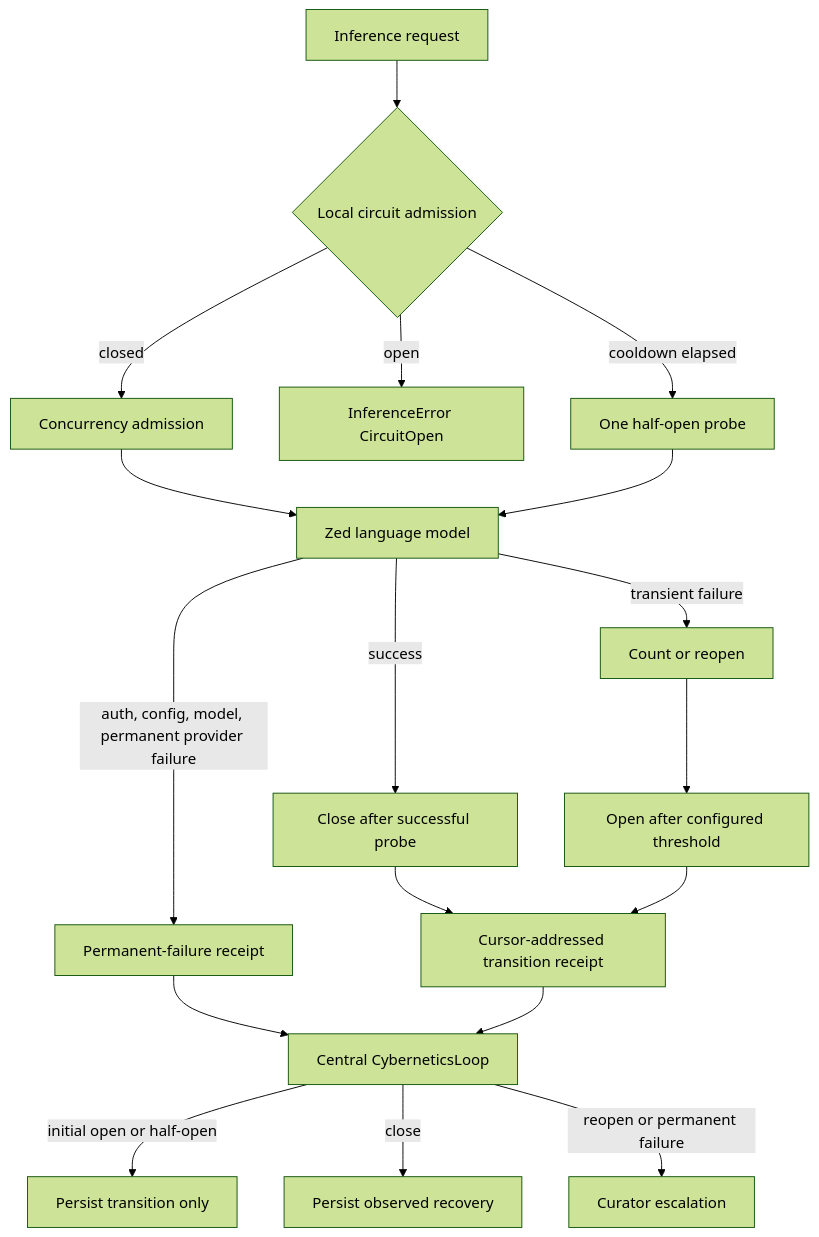
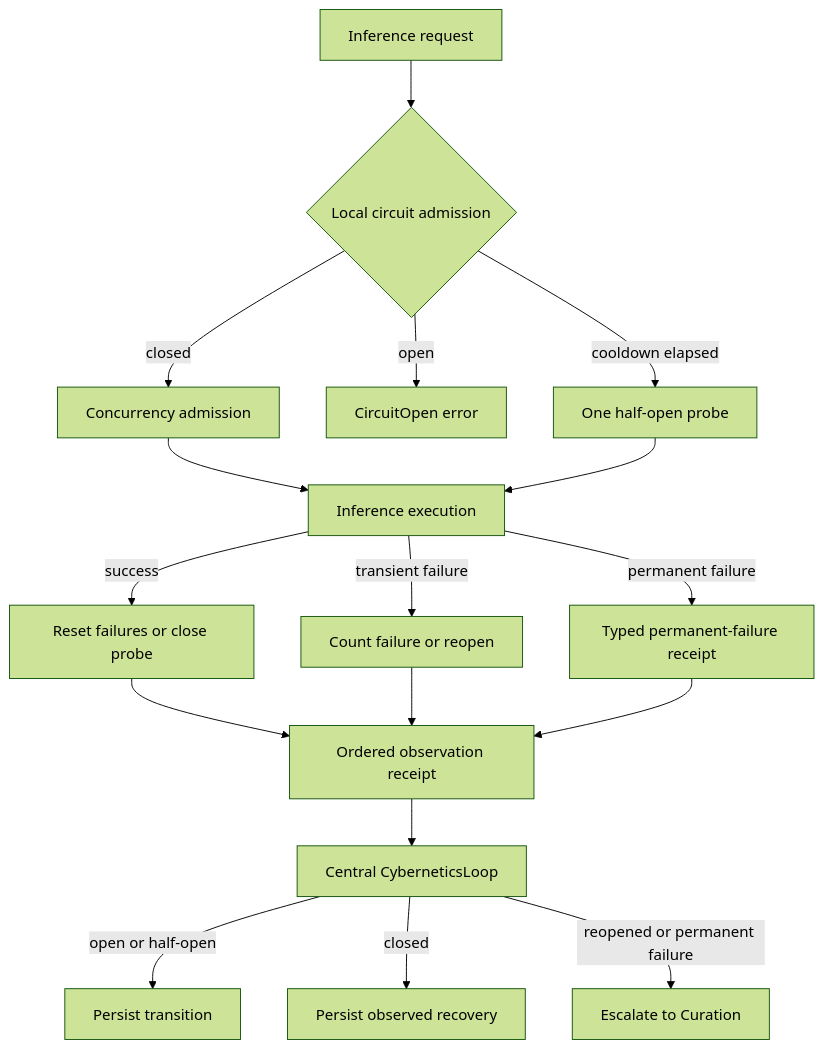
One commit to mdz-axo/zed-kask changed the second of 3 diagrams in kask/docs/diataxis/hkask-regulation/explanation.md. Above: the diagram before and after it, drawn with Mermaid (forest theme). The commit also changed other lines of this file and 12 other files, not shown here.

````diff
--- a/kask/docs/diataxis/hkask-regulation/explanation.md
+++ b/kask/docs/diataxis/hkask-regulation/explanation.md
@@ -201,20 +73,19 @@
 ```mermaid
 flowchart TD
-    Q[Inference request] --> C{Local circuit admission}
+    R[Inference request] --> C{Local circuit admission}
     C -->|closed| A[Concurrency admission]
-    C -->|open| X[InferenceError CircuitOpen]
+    C -->|open| X[CircuitOpen error]
     C -->|cooldown elapsed| P[One half-open probe]
-    A --> L[Zed language model]
-    P --> L
-    L -->|success| S[Close after successful probe]
-    L -->|transient failure| F[Count or reopen]
-    L -->|auth, config, model, permanent provider failure| E[Permanent-failure receipt]
-    F --> O[Open after configured threshold]
-    S --> R[Cursor-addressed transition receipt]
-    O --> R
-    E --> G[Central CyberneticsLoop]
-    R --> G
-    G -->|initial open or half-open| D[Persist transition only]
-    G -->|close| V[Persist observed recovery]
-    G -->|reopen or permanent failure| H[Curator escalation]
+    A --> I[Inference execution]
+    P --> I
+    I -->|success| S[Reset failures or close probe]
+    I -->|transient failure| F[Count failure or reopen]
+    I -->|permanent failure| E[Typed permanent-failure receipt]
+    S --> O[Ordered observation receipt]
+    F --> O
+    E --> O
+    O --> G[Central CyberneticsLoop]
+    G -->|open or half-open| T[Persist transition]
+    G -->|closed| V[Persist observed recovery]
+    G -->|reopened or permanent failure| H[Escalate to Curation]
 ```
````
